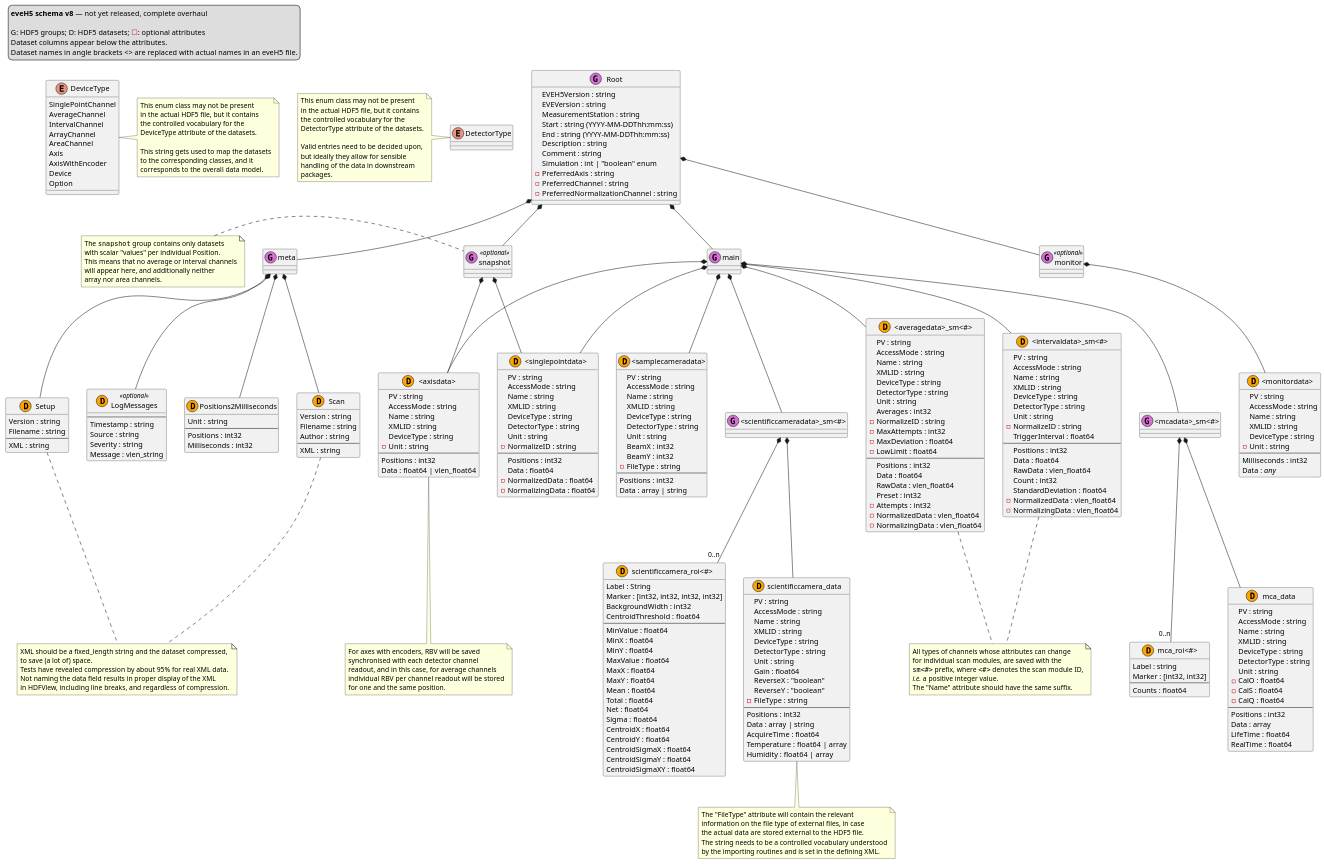
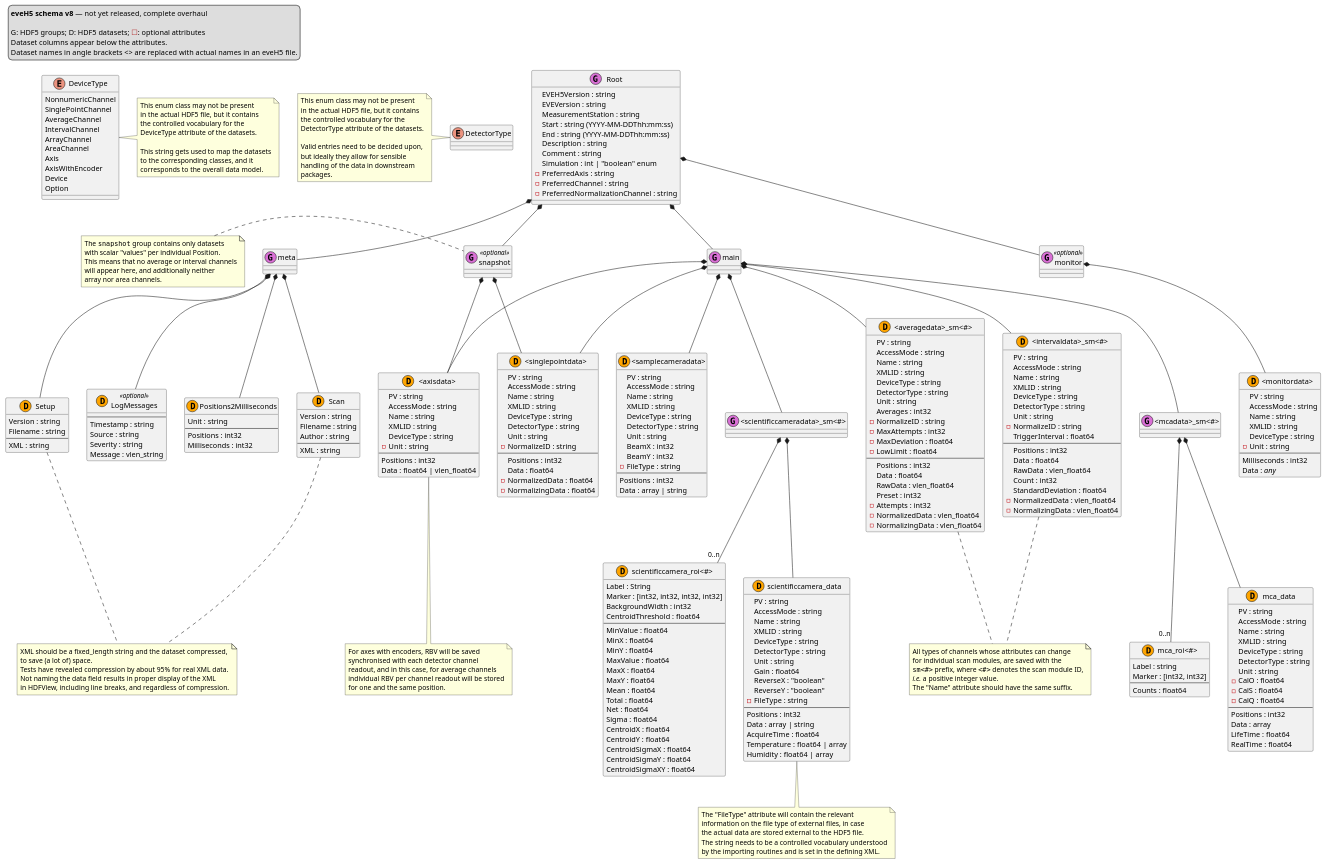
Before and after one commit to tillbiskup/evedata: the diagram in docs/uml/eveh5-v8.puml, drawn with PlantUML. The commit also changed 4 other files, not shown here.

Commit message:
Add nonnumeric channel

```diff
--- a/docs/uml/eveh5-v8.puml
+++ b/docs/uml/eveh5-v8.puml
@@ -31,6 +31,7 @@
 Root *-- meta
 
 enum DeviceType {
+    NonnumericChannel
     SinglePointChannel
     AverageChannel
     IntervalChannel
```
